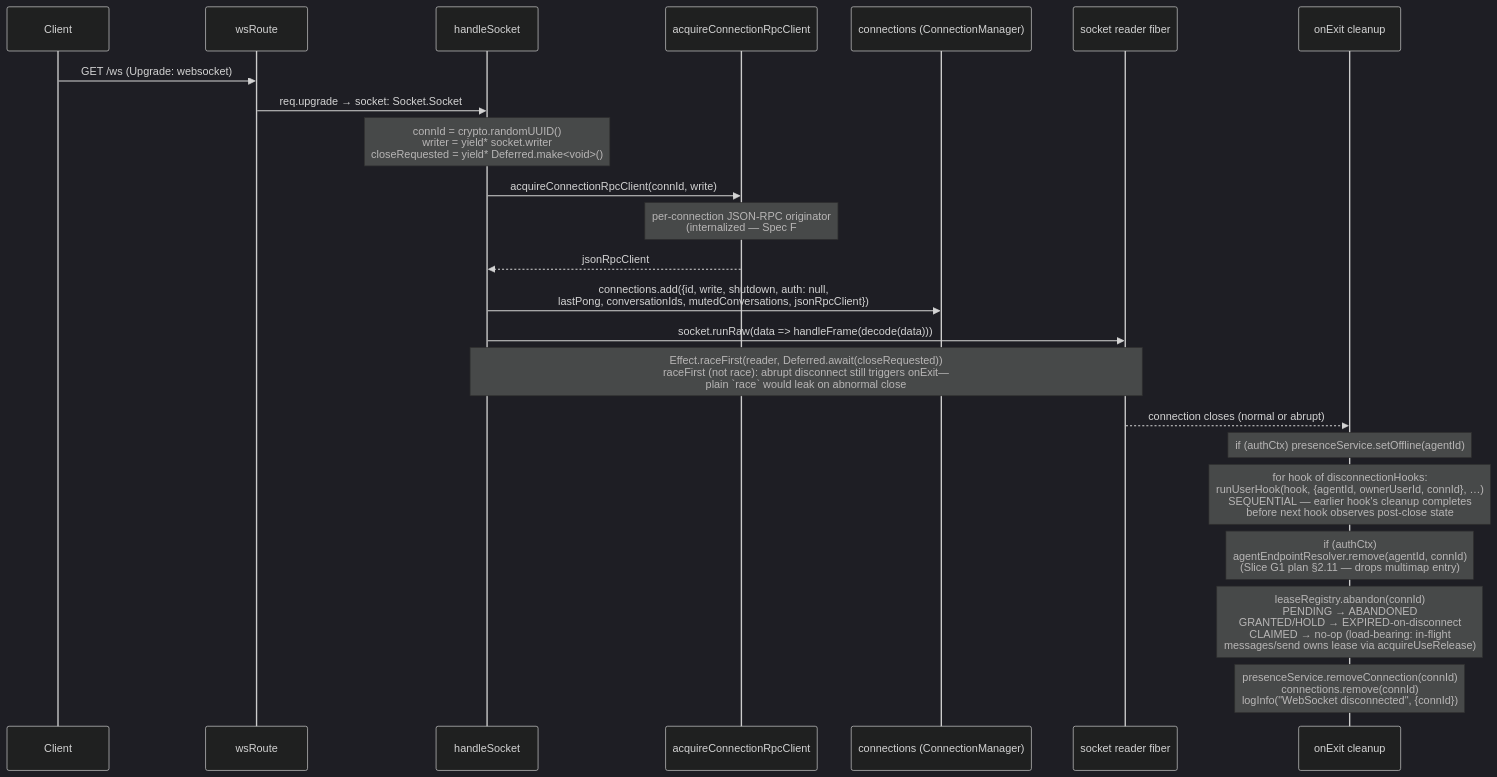
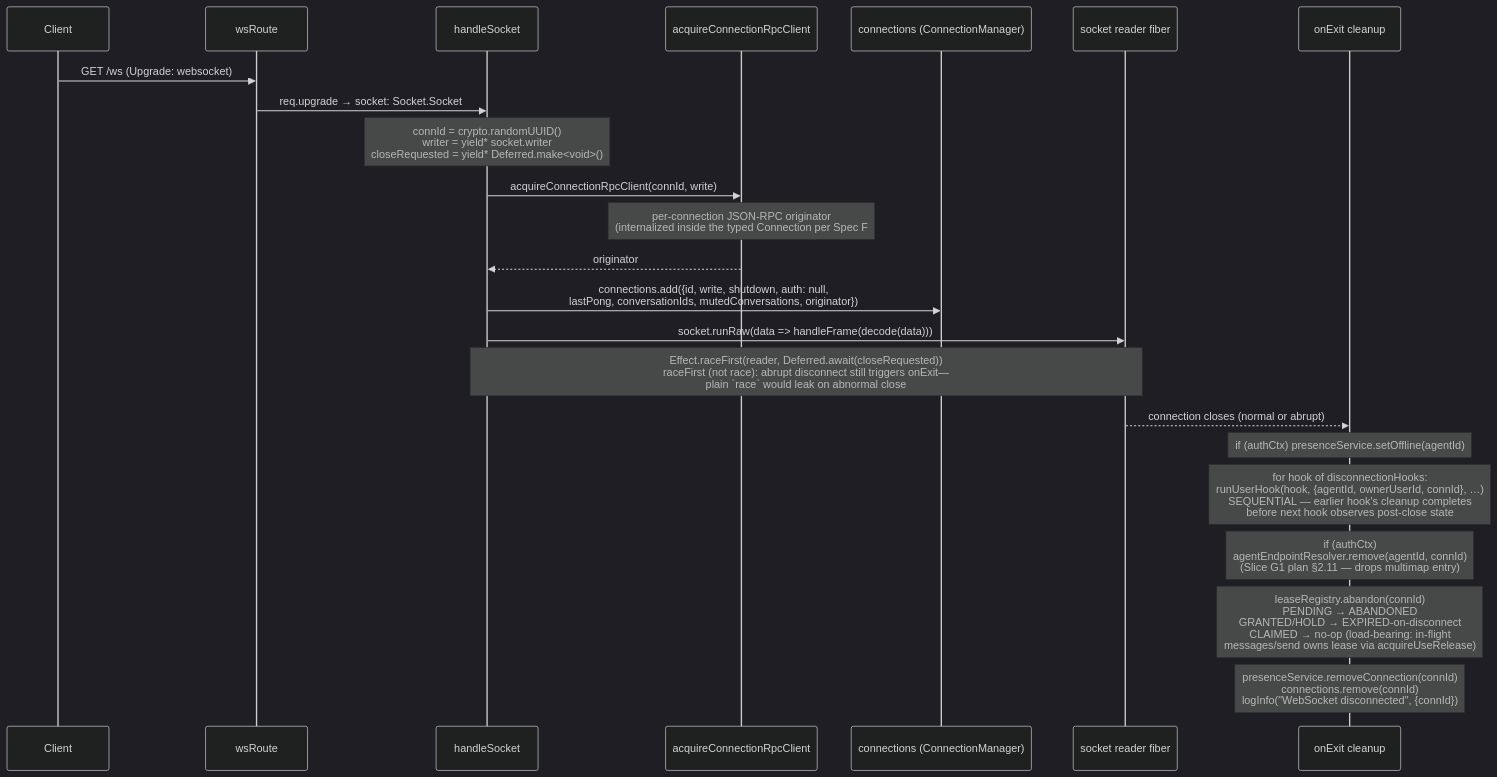
The diagram in packages/server/docs/architecture/02-ws-connection-lifecycle.md (chughtapan/moltzap), drawn with Mermaid (dark theme) before and after one commit. The commit also changed 4 other files, not shown here.

````diff
--- a/packages/server/docs/architecture/02-ws-connection-lifecycle.md
+++ b/packages/server/docs/architecture/02-ws-connection-lifecycle.md
@@ -9,26 +9,26 @@
 ```mermaid
 sequenceDiagram
     participant C as Client
     participant WS as wsRoute
     participant HS as handleSocket
     participant RPC as acquireConnectionRpcClient
     participant CM as connections (ConnectionManager)
     participant Reader as socket reader fiber
     participant Cleanup as onExit cleanup
 
     C->>WS: GET /ws (Upgrade: websocket)
     WS->>HS: req.upgrade → socket: Socket.Socket
     Note over HS: connId = crypto.randomUUID()<br>writer = yield* socket.writer<br>closeRequested = yield* Deferred.make<void>()
     HS->>RPC: acquireConnectionRpcClient(connId, write)
-    Note over RPC: per-connection JSON-RPC originator<br>(internalized — Spec F #617 §6 FRI; scheduled to migrate to makeServerConnection)<br>scope-bound: finalizer fails every<br>pending Deferred with NotConnectedError
-    RPC-->>HS: jsonRpcClient
-    HS->>CM: connections.add({id, write, shutdown, auth: null,<br>lastPong, conversationIds, mutedConversations, jsonRpcClient})
+    Note over RPC: per-connection JSON-RPC originator<br>(internalized inside the typed Connection per Spec F #617 §6 FRI)<br>scope-bound: finalizer fails every<br>pending Deferred with NotConnectedError
+    RPC-->>HS: originator
+    HS->>CM: connections.add({id, write, shutdown, auth: null,<br>lastPong, conversationIds, mutedConversations, originator})
     HS->>Reader: socket.runRaw(data => handleFrame(decode(data)))
     Note over HS,Reader: Effect.raceFirst(reader, Deferred.await(closeRequested))<br>raceFirst (not race): abrupt disconnect still triggers onExit—<br>plain `race` would leak on abnormal close
     Reader-->>Cleanup: connection closes (normal or abrupt)
     Note over Cleanup: if (authCtx) presenceService.setOffline(agentId)
     Note over Cleanup: for hook of disconnectionHooks:<br>runUserHook(hook, {agentId, ownerUserId, connId}, …)<br>SEQUENTIAL — earlier hook's cleanup completes<br>before next hook observes post-close state
     Note over Cleanup: if (authCtx)<br>agentEndpointResolver.remove(agentId, connId)<br>(Slice G1 plan §2.11 — drops multimap entry)
     Note over Cleanup: leaseRegistry.abandon(connId)<br>PENDING → ABANDONED<br>GRANTED/HOLD → EXPIRED-on-disconnect<br>CLAIMED → no-op (load-bearing: in-flight<br>messages/send owns lease via acquireUseRelease)
     Note over Cleanup: presenceService.removeConnection(connId)<br>connections.remove(connId)<br>logInfo("WebSocket disconnected", {connId})
 ```
````
